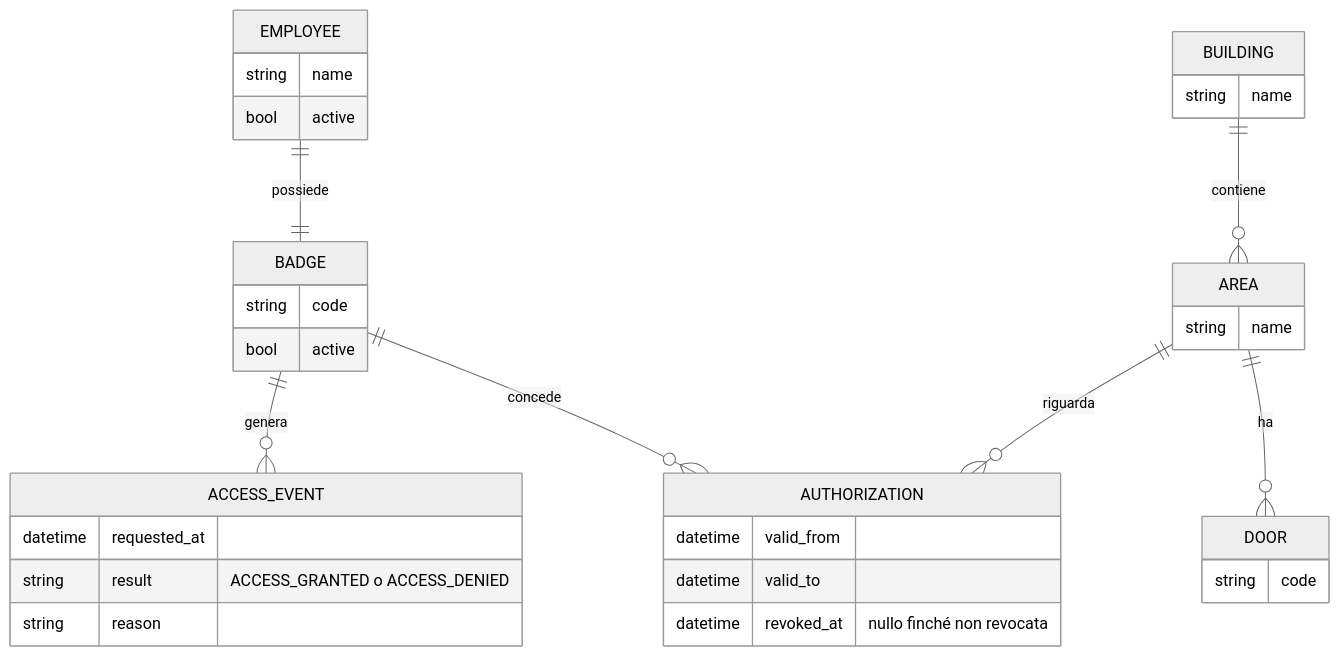
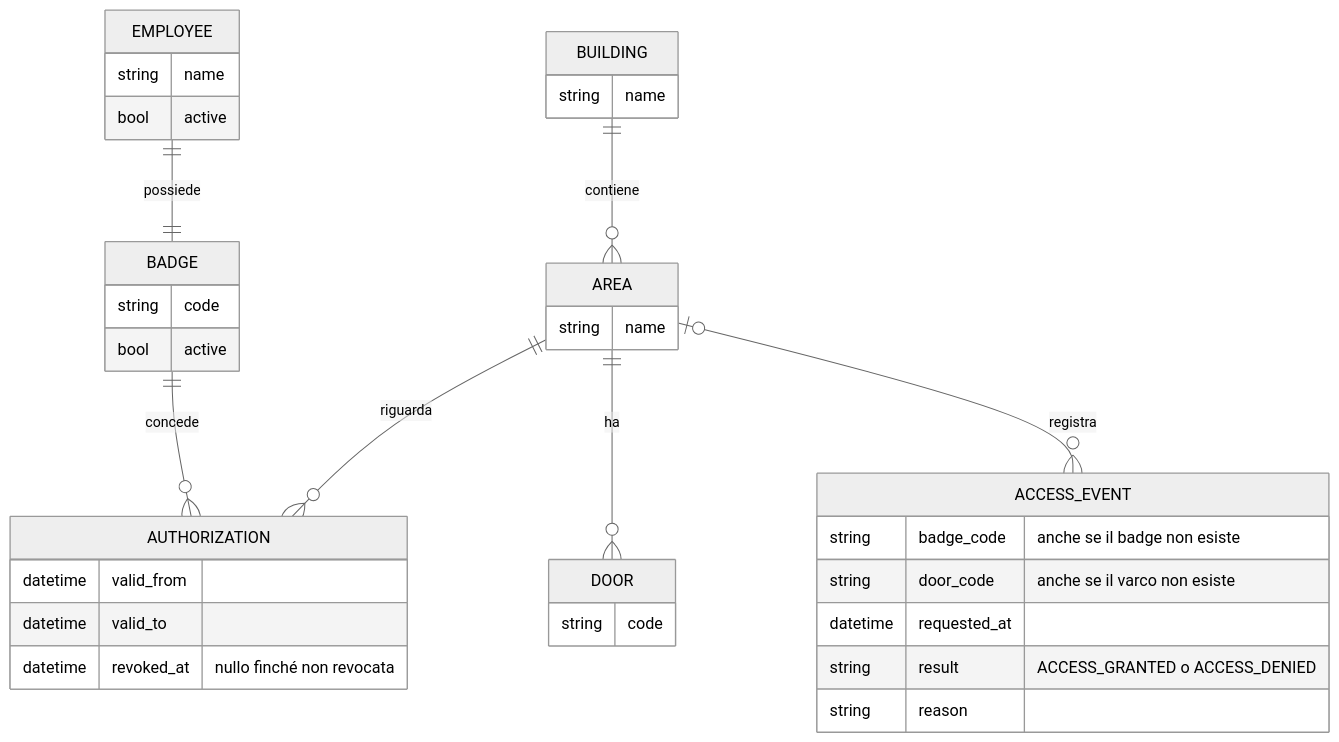
One commit to Cavol00/Access_Controll_Platftom changed the diagram in docs/requirements.md. Above: the diagram before and after it, drawn with Mermaid (neutral theme). The commit also changed 16 other files, not shown here.

````diff
--- a/docs/requirements.md
+++ b/docs/requirements.md
@@ -79,37 +79,39 @@
 ```mermaid
 erDiagram
   EMPLOYEE ||--|| BADGE : possiede
   BUILDING ||--o{ AREA : contiene
   AREA ||--o{ DOOR : ha
   BADGE ||--o{ AUTHORIZATION : concede
   AREA ||--o{ AUTHORIZATION : riguarda
-  BADGE ||--o{ ACCESS_EVENT : genera
+  AREA |o--o{ ACCESS_EVENT : registra
 
   EMPLOYEE {
     string name
     bool active
   }
   BADGE {
     string code
     bool active
   }
   BUILDING {
     string name
   }
   AREA {
     string name
   }
   DOOR {
     string code
   }
   AUTHORIZATION {
     datetime valid_from
     datetime valid_to
     datetime revoked_at "nullo finché non revocata"
   }
   ACCESS_EVENT {
+    string badge_code "anche se il badge non esiste"
+    string door_code "anche se il varco non esiste"
     datetime requested_at
     string result "ACCESS_GRANTED o ACCESS_DENIED"
     string reason
   }
 ```
````
